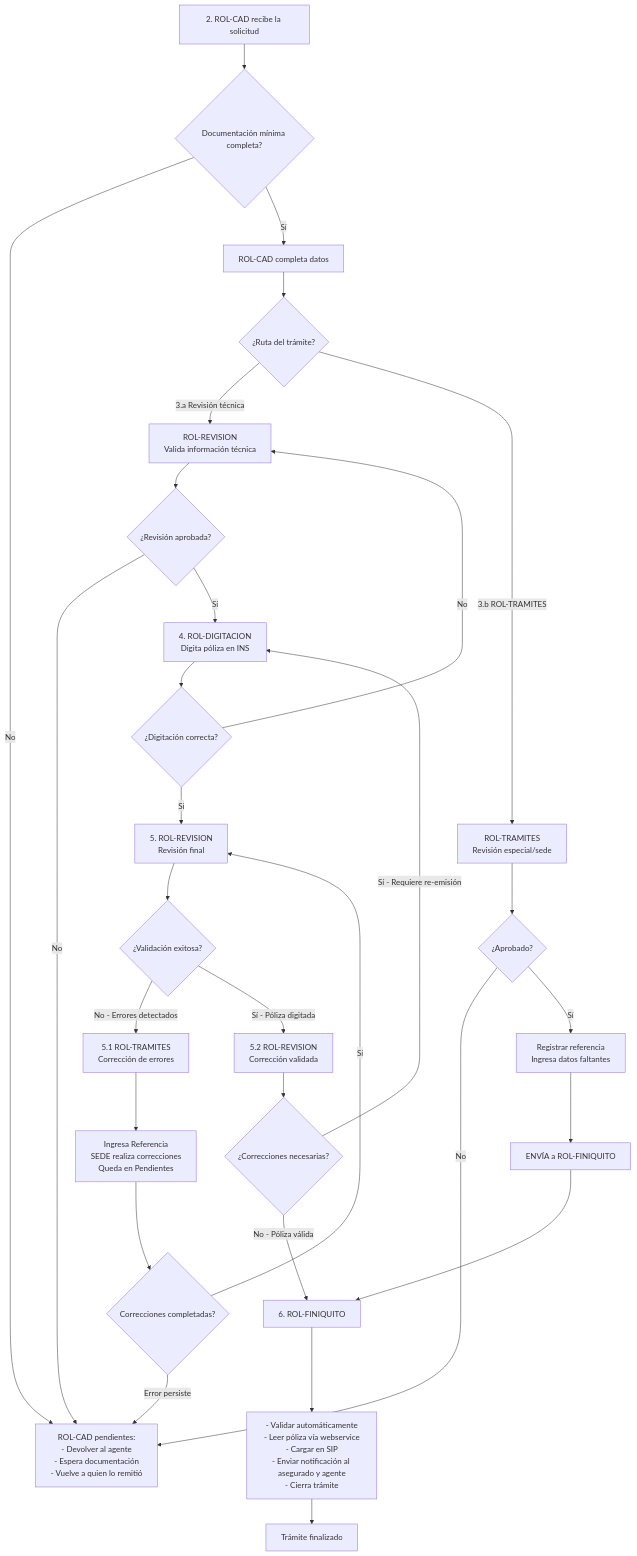
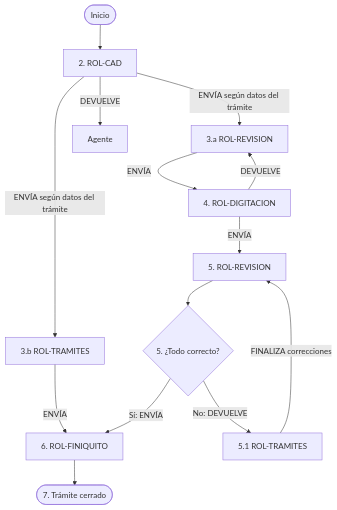
One commit to LuisPignataro/Tramites-Docs changed the diagram in docs/tramites/emision-RT.md. Above: the diagram before and after it, drawn with Mermaid. The commit also changed other lines of this file and 4 other files, not shown here.

````diff
--- a/docs/tramites/emision-RT.md
+++ b/docs/tramites/emision-RT.md
@@ -114,47 +114,23 @@
 ```mermaid
 flowchart TD
-  A["2. ROL-CAD recibe la solicitud"] --> B{"Documentación mínima completa?"}
-  B -->|"No"| C["ROL-CAD pendientes: 
-   - Devolver al agente
-   - Espera documentación
-   - Vuelve a quien lo remitió
-  "]
-  B -->|"Sí"| D["ROL-CAD completa datos"]
+  INICIO(["Inicio"]) --> P2["2. ROL-CAD"]
 
-  D --> E{"¿Ruta del trámite?"}
-  E -->|"3.a Revisión técnica"| F["ROL-REVISION<br/>Valida información técnica"]
-  E -->|"3.b ROL-TRAMITES"| G["ROL-TRAMITES<br/>Revisión especial/sede"]
+  P2 -->|"ENVÍA según datos del trámite"| P3_a["3.a ROL-REVISION"]
+  P2 -->|"ENVÍA según datos del trámite"| P3_b["3.b ROL-TRAMITES"]
+  P2 -->|"DEVUELVE"| AGENTE["Agente"]
+  
+  P3_a -->|"ENVÍA"| P4["4. ROL-DIGITACION"]
+ 
+  P3_b -->|"ENVÍA"| P6["6. ROL-FINIQUITO"]
+ 
 
-  G --> G1{"¿Aprobado?"}
-  G1 -->|"No"| C
-  G1 -->|"Sí"| G2["Registrar referencia<br/>Ingresa datos faltantes"]
-  G2 --> I1["ENVÍA a ROL-FINIQUITO"]
+  P4 -->|"ENVÍA"| P5["5. ROL-REVISION"]
+  P4 -->|"DEVUELVE"| P3_a
 
-  F --> J{"¿Revisión aprobada?"}
-  J -->|"No"| C
-  J -->|"Sí"| H["4. ROL-DIGITACION<br/>Digita póliza en INS"]
+  P5 --> D5{"5. ¿Todo correcto?"}
+  D5 -->|"Sí: ENVÍA"| P6
+  D5 -->|"No: DEVUELVE"| P5_1["5.1 ROL-TRAMITES"]
+  P5_1 -->|"FINALIZA correcciones"| P5
 
-  H --> K{"¿Digitación correcta?"}
-  K -->|"No"| F
-  K -->|"Sí"| R["5. ROL-REVISION<br/>Revisión final"]
-  
-  R --> S{"¿Validación exitosa?"}
-  S -->|"No - Errores detectados"| T5_1["5.1 ROL-TRAMITES<br/>Corrección de errores"]
-  S -->|"Sí - Póliza digitada"| T5_2["5.2 ROL-REVISION<br/>Corrección validada"]
-
-  T5_1 --> T5_1A["Ingresa Referencia<br/>SEDE realiza correcciones<br/>Queda en Pendientes"]
-  T5_1A --> T5_1B{"Correcciones completadas?"}
-  T5_1B -->|"Sí"| R
-  T5_1B -->|"Error persiste"| C
-
-  T5_2 --> T5_2A{"¿Correcciones necesarias?"}
-  T5_2A -->|"Sí - Requiere re-emisión"| H
-  T5_2A -->|"No - Póliza válida"| I["6. ROL-FINIQUITO"]
-
-  I1 --> I
-
-  I --> N["- Validar automáticamente<br/>- Leer póliza vía webservice<br/>- Cargar en SIP<br/>- Enviar notificación al asegurado y agente<br/>- Cierra trámite"]
-  N --> O["Trámite finalizado"]
-
-
+  P6 --> P7(["7. Trámite cerrado"])
 ```
````
